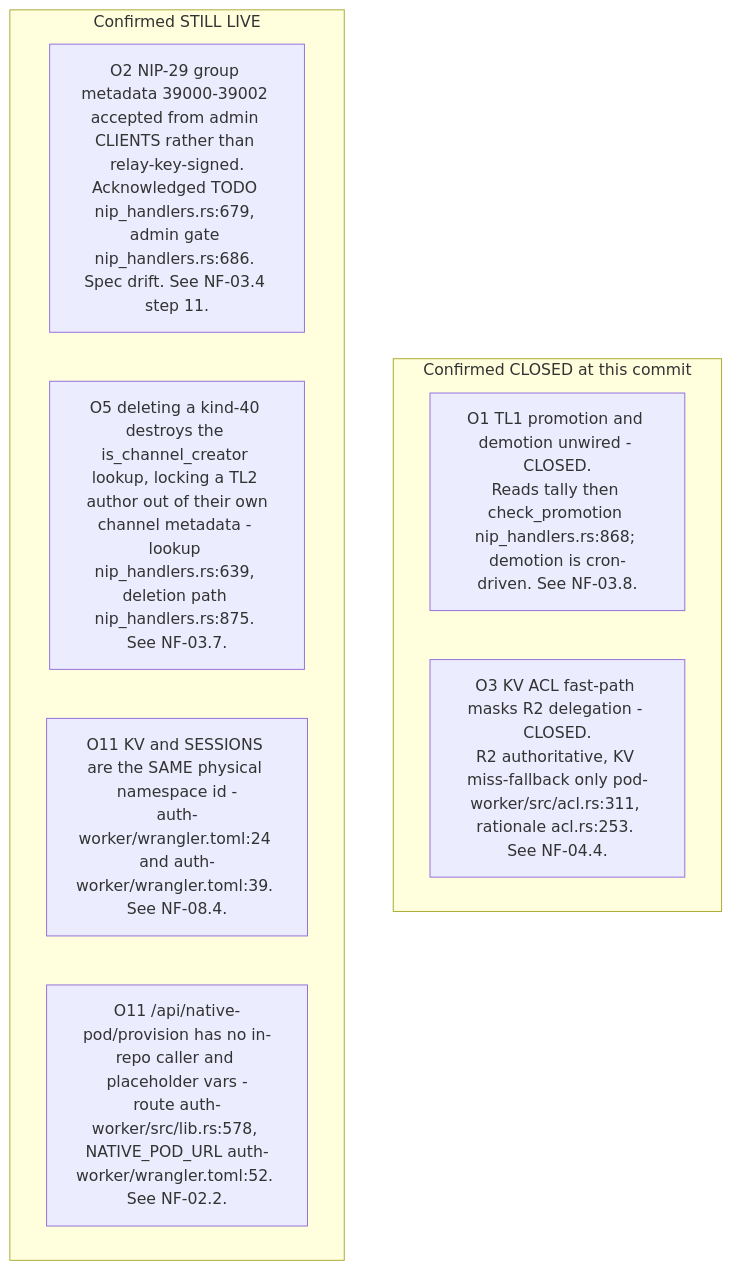
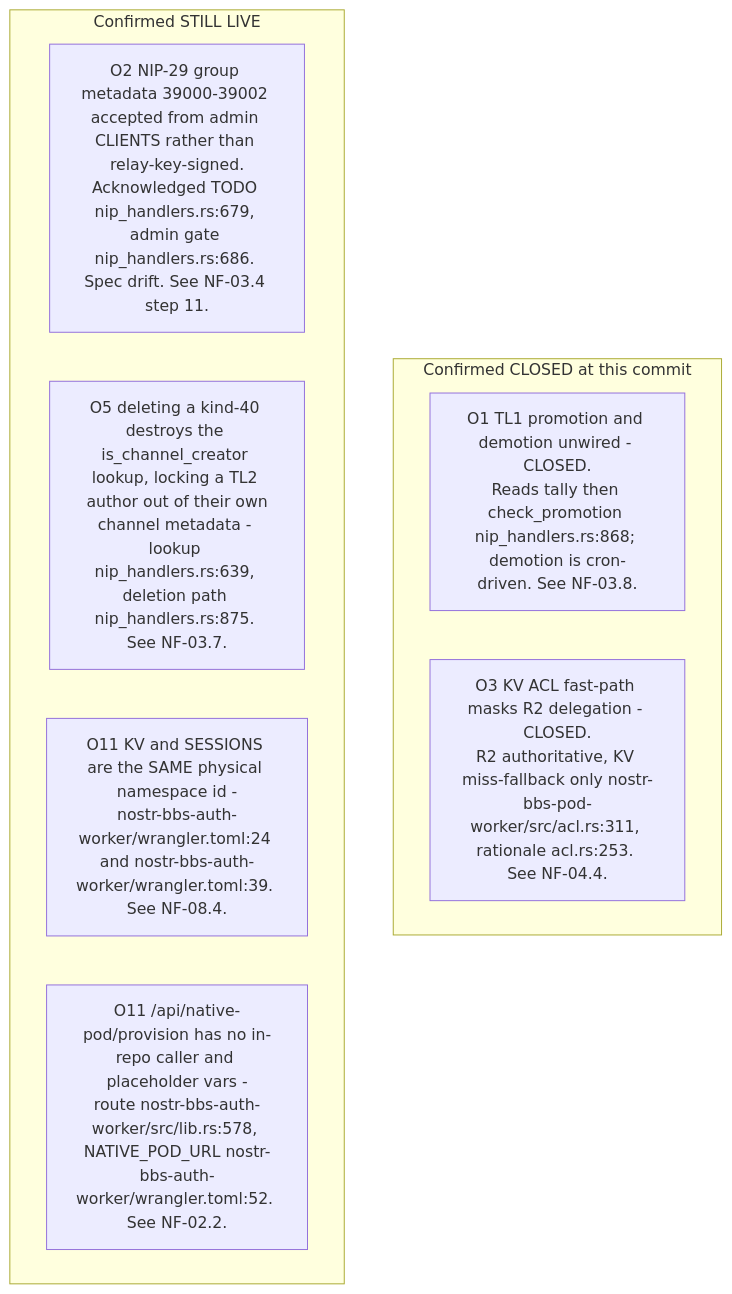
One commit to DreamLab-AI/VisionFlow changed the third of 10 diagrams in docs/diagrams/nostr-rust-forum/10-invariants-and-anomaly-register.md. Above: the diagram before and after it, drawn with Mermaid. The commit also changed other lines of this file and 185 other files, not shown here.

Commit message:
docs(estate): reconcile diagrams and ADRs with source and define closeout sprint

````diff
--- a/docs/diagrams/nostr-rust-forum/10-invariants-and-anomaly-register.md
+++ b/docs/diagrams/nostr-rust-forum/10-invariants-and-anomaly-register.md
@@ -87,13 +89,13 @@
 ```mermaid
 flowchart TB
     subgraph closed["Confirmed CLOSED at this commit"]
         O1["O1 TL1 promotion and demotion unwired - CLOSED.<br/>Reads tally then check_promotion nip_handlers.rs:868; demotion is cron-driven. See NF-03.8."]
-        O3["O3 KV ACL fast-path masks R2 delegation - CLOSED.<br/>R2 authoritative, KV miss-fallback only pod-worker/src/acl.rs:311, rationale acl.rs:253. See NF-04.4."]
+        O3["O3 KV ACL fast-path masks R2 delegation - CLOSED.<br/>R2 authoritative, KV miss-fallback only nostr-bbs-pod-worker/src/acl.rs:311, rationale acl.rs:253. See NF-04.4."]
     end
     subgraph live["Confirmed STILL LIVE"]
         O2["O2 NIP-29 group metadata 39000-39002 accepted from admin CLIENTS rather than relay-key-signed.<br/>Acknowledged TODO nip_handlers.rs:679, admin gate nip_handlers.rs:686. Spec drift. See NF-03.4 step 11."]
         O5["O5 deleting a kind-40 destroys the is_channel_creator lookup, locking a TL2 author out of their own<br/>channel metadata - lookup nip_handlers.rs:639, deletion path nip_handlers.rs:875. See NF-03.7."]
-        O11a["O11 KV and SESSIONS are the SAME physical namespace id -<br/>auth-worker/wrangler.toml:24 and auth-worker/wrangler.toml:39. See NF-08.4."]
-        O11b["O11 /api/native-pod/provision has no in-repo caller and placeholder vars -<br/>route auth-worker/src/lib.rs:578, NATIVE_POD_URL auth-worker/wrangler.toml:52. See NF-02.2."]
+        O11a["O11 KV and SESSIONS are the SAME physical namespace id -<br/>nostr-bbs-auth-worker/wrangler.toml:24 and nostr-bbs-auth-worker/wrangler.toml:39. See NF-08.4."]
+        O11b["O11 /api/native-pod/provision has no in-repo caller and placeholder vars -<br/>route nostr-bbs-auth-worker/src/lib.rs:578, NATIVE_POD_URL nostr-bbs-auth-worker/wrangler.toml:52. See NF-02.2."]
     end
 ```
````
